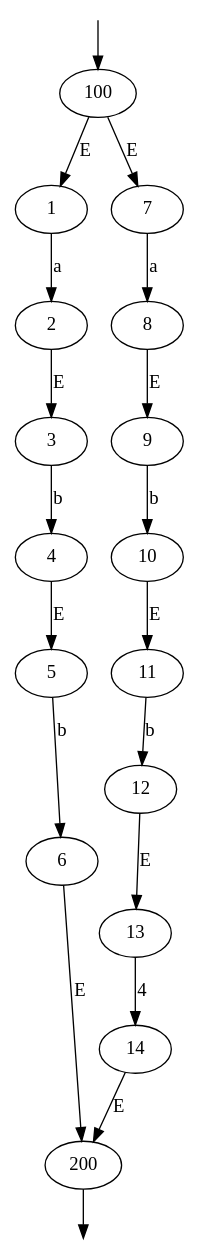
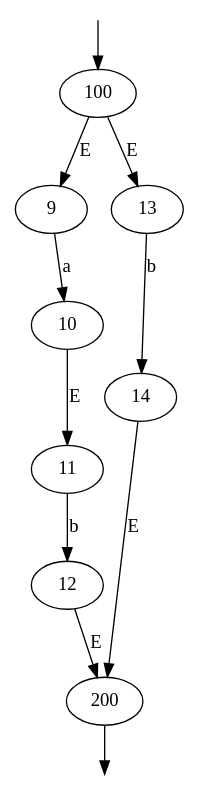
One commit to omarelhorre/automate changed the diagram in src/resultat.dot. Above: the diagram before and after it, drawn with Graphviz. The commit also changed 6 other files, not shown here.

```diff
--- a/src/resultat.dot
+++ b/src/resultat.dot
@@ -1,22 +1,14 @@
 digraph G {
 init [shape=point style=filled, fillcolor=white color=white ];
 fin [shape=point style=filled, fillcolor=white color=white];
 init -> 100;
-100 -> 1 [label="E"];
-1 -> 2 [label="a"] ;
-3 -> 4 [label="b"] ;
-2 -> 3 [label="E"] ;
-5 -> 6 [label="b"] ;
-4 -> 5 [label="E"] ;
-100 -> 7 [label="E"];
-7 -> 8 [label="a"] ;
-9 -> 10 [label="b"] ;
-8 -> 9 [label="E"] ;
+100 -> 9 [label="E"];
+9 -> 10 [label="a"] ;
 11 -> 12 [label="b"] ;
 10 -> 11 [label="E"] ;
-13 -> 14 [label="4"] ;
-12 -> 13 [label="E"] ;
-6 -> 200 [label="E"];
+100 -> 13 [label="E"];
+13 -> 14 [label="b"] ;
+12 -> 200 [label="E"];
 14 -> 200 [label="E"];
 200 -> fin;
 }
```
